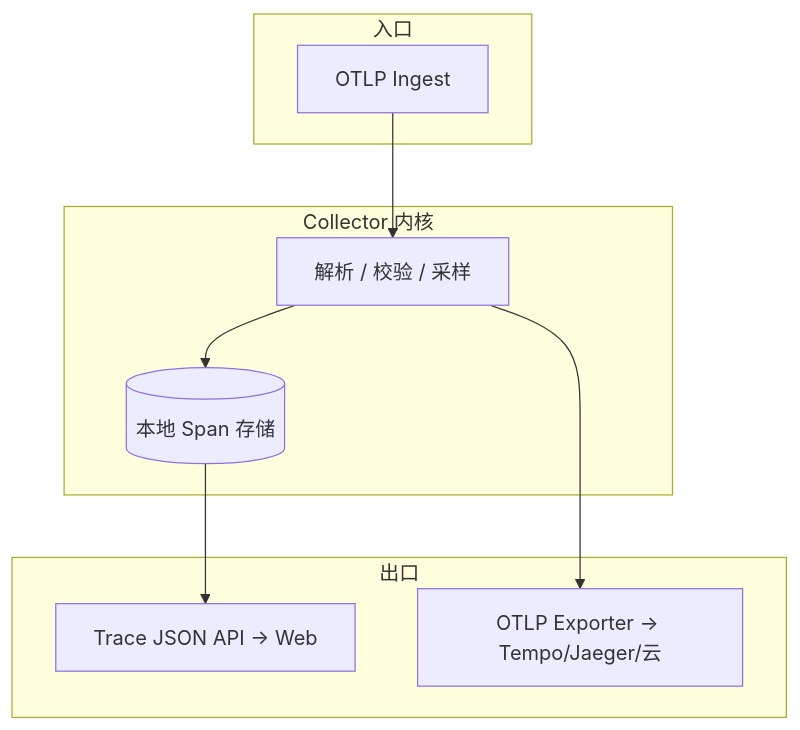
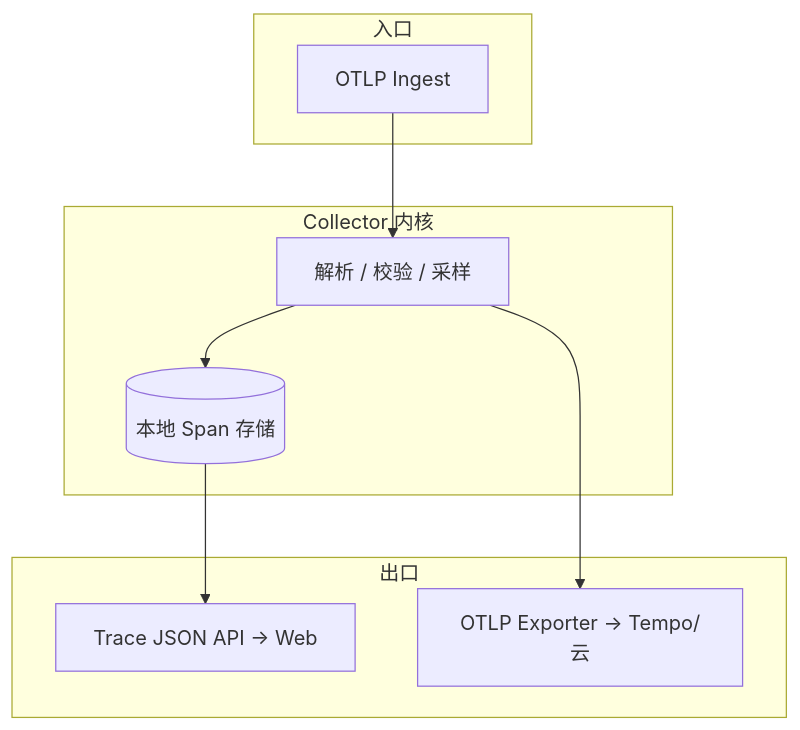
Before and after one commit to crabagenthub/crabagent: the diagram in docs/opentelemetry-otlp-technical.md, drawn with Mermaid. The commit also changed other lines of this file and 47 other files, not shown here.

````diff
--- a/docs/opentelemetry-otlp-technical.md
+++ b/docs/opentelemetry-otlp-technical.md
@@ -176,21 +176,21 @@
 ```mermaid
 flowchart TB
   subgraph In["入口"]
     OTLP_IN[OTLP Ingest]
   end
 
   subgraph CollectorCore["Collector 内核"]
     PROC[解析 / 校验 / 采样]
     STORE[(本地 Span 存储)]
   end
 
   subgraph Out["出口"]
     UI_API[Trace JSON API → Web]
-    OTLP_OUT[OTLP Exporter → Tempo/Jaeger/云]
+    OTLP_OUT[OTLP Exporter → Tempo/云]
   end
 
   OTLP_IN --> PROC
   PROC --> STORE
   PROC --> OTLP_OUT
   STORE --> UI_API
 ```
````
